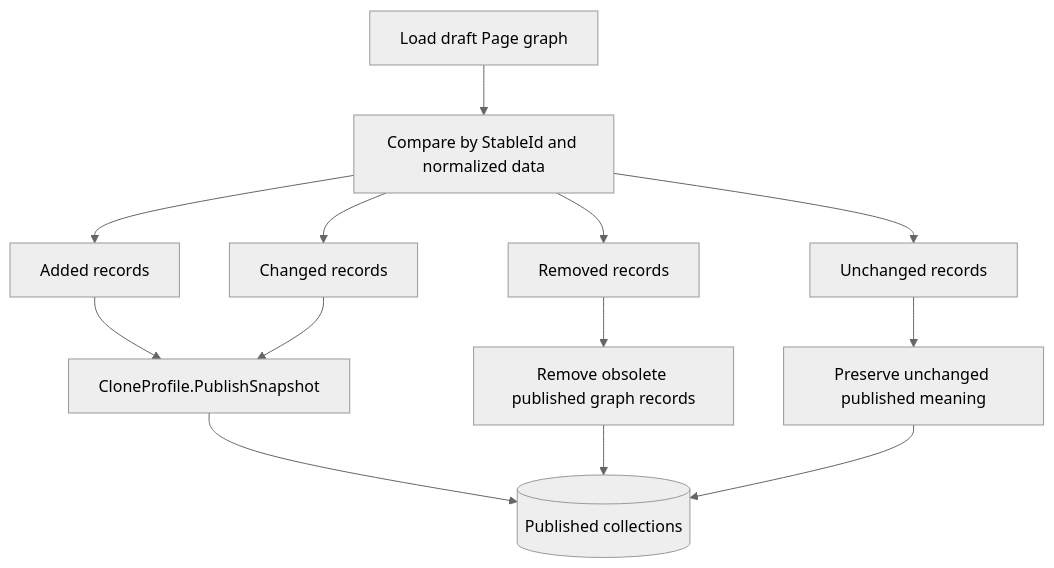
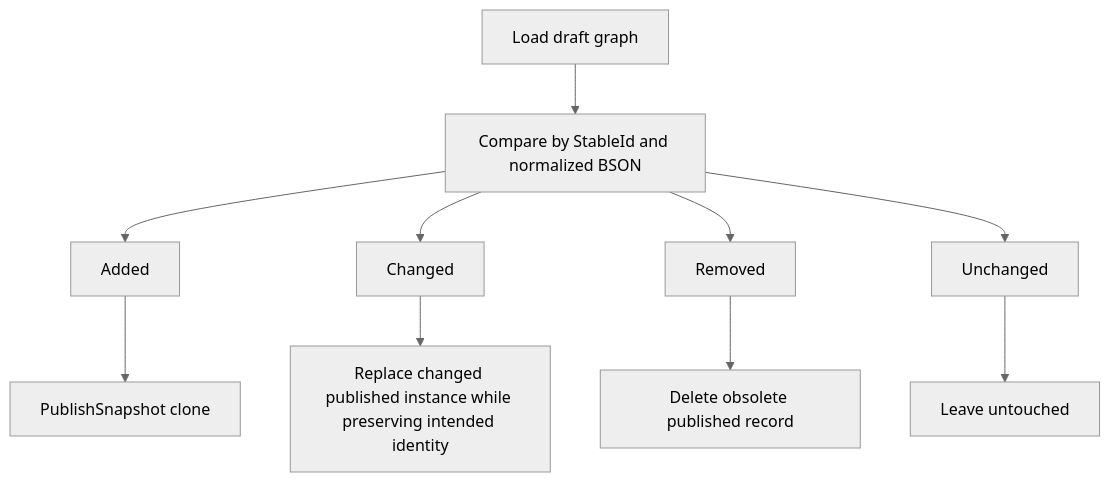
One commit to PHX-LVT/UnIWeb changed the second of 3 diagrams in Docs/ProjectHandoff/03-DATA-WORKFLOWS-AND-INVARIANTS.md. Above: the diagram before and after it, drawn with Mermaid (neutral theme). The commit also changed other lines of this file and 105 other files, not shown here.

````diff
--- a/Docs/ProjectHandoff/03-DATA-WORKFLOWS-AND-INVARIANTS.md
+++ b/Docs/ProjectHandoff/03-DATA-WORKFLOWS-AND-INVARIANTS.md
@@ -70,15 +105,12 @@
 ```mermaid
 flowchart TD
-    D["Load draft Page graph"] --> Diff["Compare by StableId and normalized data"]
-    Diff --> Added["Added records"]
-    Diff --> Changed["Changed records"]
-    Diff --> Removed["Removed records"]
-    Diff --> Same["Unchanged records"]
-    Added --> Clone["CloneProfile.PublishSnapshot"]
-    Changed --> Clone
-    Removed --> Delete["Remove obsolete published graph records"]
-    Same --> Keep["Preserve unchanged published meaning"]
-    Clone --> Pub[("Published collections")]
-    Delete --> Pub
-    Keep --> Pub
+    Draft["Load draft graph"] --> Diff["Compare by StableId and normalized BSON"]
+    Diff --> Added["Added"]
+    Diff --> Changed["Changed"]
+    Diff --> Removed["Removed"]
+    Diff --> Same["Unchanged"]
+    Added --> Clone["PublishSnapshot clone"]
+    Changed --> Replace["Replace changed published instance while preserving intended identity"]
+    Removed --> Delete["Delete obsolete published record"]
+    Same --> Keep["Leave untouched"]
 ```
````
